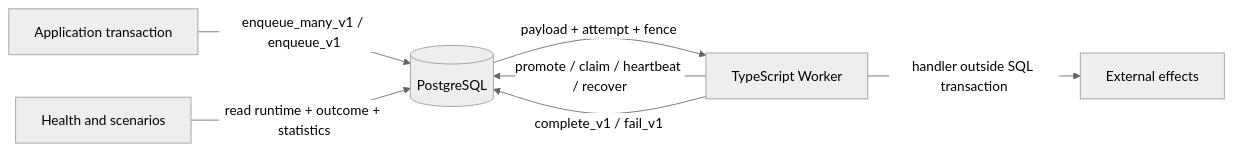
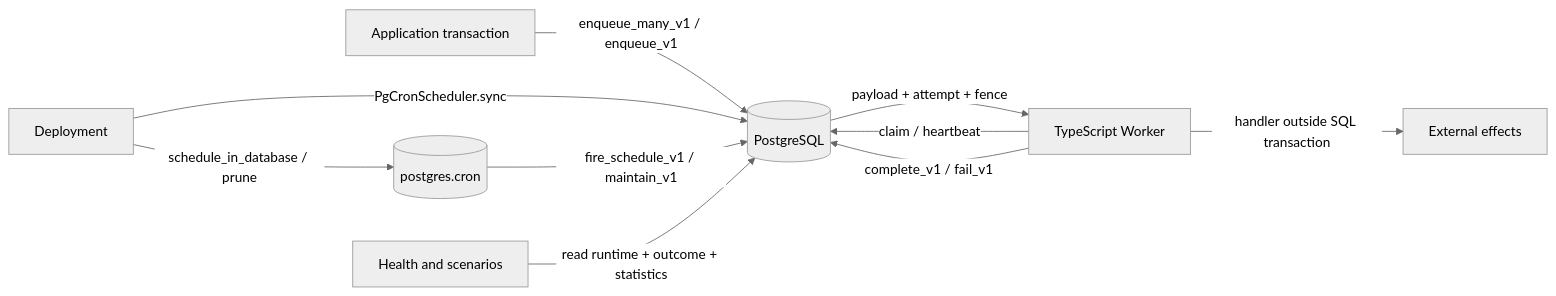
One commit to stablemates/workhorse changed the first of 3 diagrams in docs/architecture.md. Above: the diagram before and after it, drawn with Mermaid (neutral theme). The commit also changed other lines of this file and 14 other files, not shown here.

Commit message:
add pg_cron scheduler and maintenance

````diff
--- a/docs/architecture.md
+++ b/docs/architecture.md
@@ -18,9 +18,12 @@
 ```mermaid
 flowchart LR
   App[Application transaction] -->|enqueue_many_v1 / enqueue_v1| PG[(PostgreSQL)]
-  Worker[TypeScript Worker] -->|promote / claim / heartbeat / recover| PG
+  Deploy[Deployment] -->|PgCronScheduler.sync| PG
+  Deploy -->|schedule_in_database / prune| Cron[(postgres.cron)]
+  Cron -->|fire_schedule_v1 / maintain_v1| PG
+  Worker[TypeScript Worker] -->|claim / heartbeat| PG
   PG -->|payload + attempt + fence| Worker
   Worker -->|handler outside SQL transaction| Effects[External effects]
   Worker -->|complete_v1 / fail_v1| PG
   Health[Health and scenarios] -->|read runtime + outcome + statistics| PG
 ```
````
